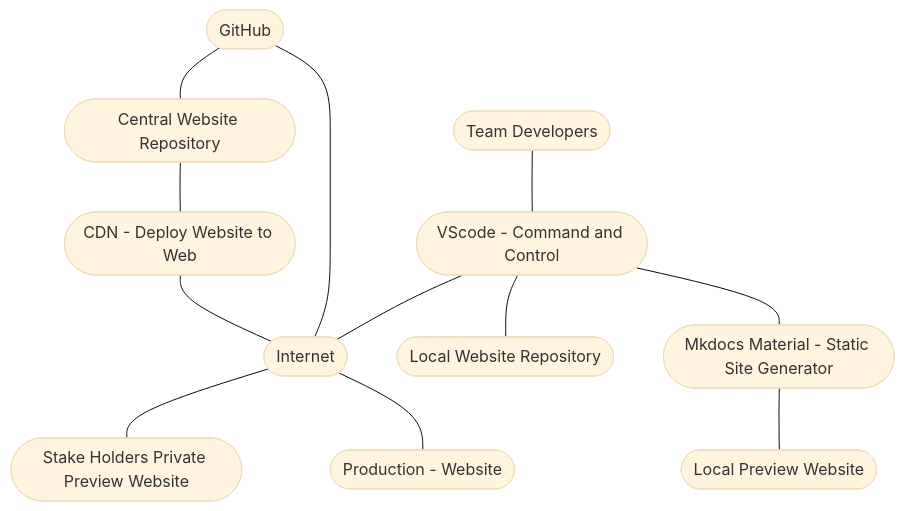
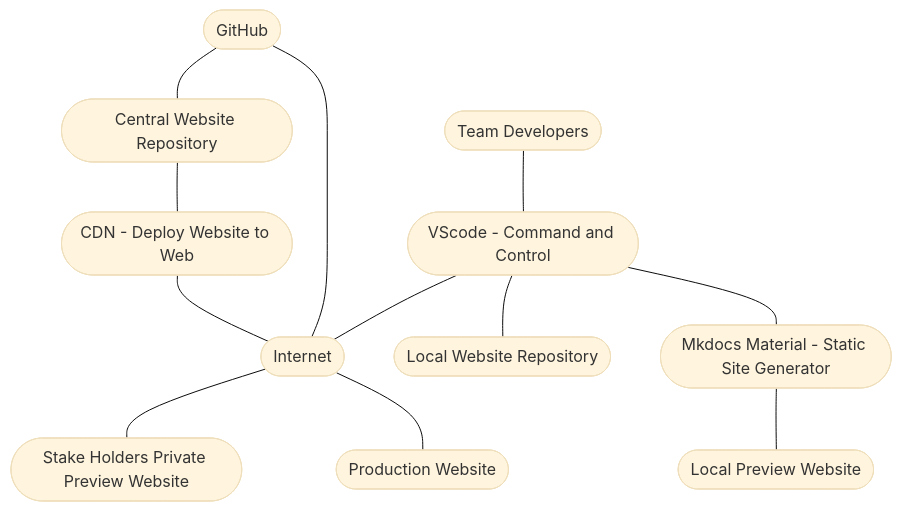
One commit to JohnTelford/mkdocs_01_03_2023 changed the diagram in docs/website_dev_stack.md. Above: the diagram before and after it, drawn with Mermaid (base theme). The commit also changed other lines of this file and 34 other files, not shown here.

````diff
--- a/docs/website_dev_stack.md
+++ b/docs/website_dev_stack.md
@@ -15,48 +15,48 @@
 ``` mermaid
 flowchart TB
 	
 	crepo --- cdn
 
 	cdn --- net
 
 	dev --- vsc 
 
 	github --- crepo
 
 	github --- net
 	
 	vsc --- lrepo
 	
 	net --- prevweb
 
 	net --- proweb
 
 	vsc --- net
 
 	vsc --- mkd
 
 	mkd --- lpreweb
 
 	dev([Team Developers])
 
 	cdn([CDN - Deploy Website to Web])
 
 	crepo([Central Website Repository])
 
 	github([GitHub]) 
 
 	lrepo([Local Website Repository])
 
 	lpreweb([Local Preview Website])
 
 	mkd([Mkdocs Material - Static Site Generator])
 
 	net([Internet]) 
 	
 	prevweb([Stake Holders Private Preview Website])
 
-	proweb([Production - Website])
+	proweb([Production Website])
 
 	vsc([VScode - Command and Control]) 
 
 ```
````
